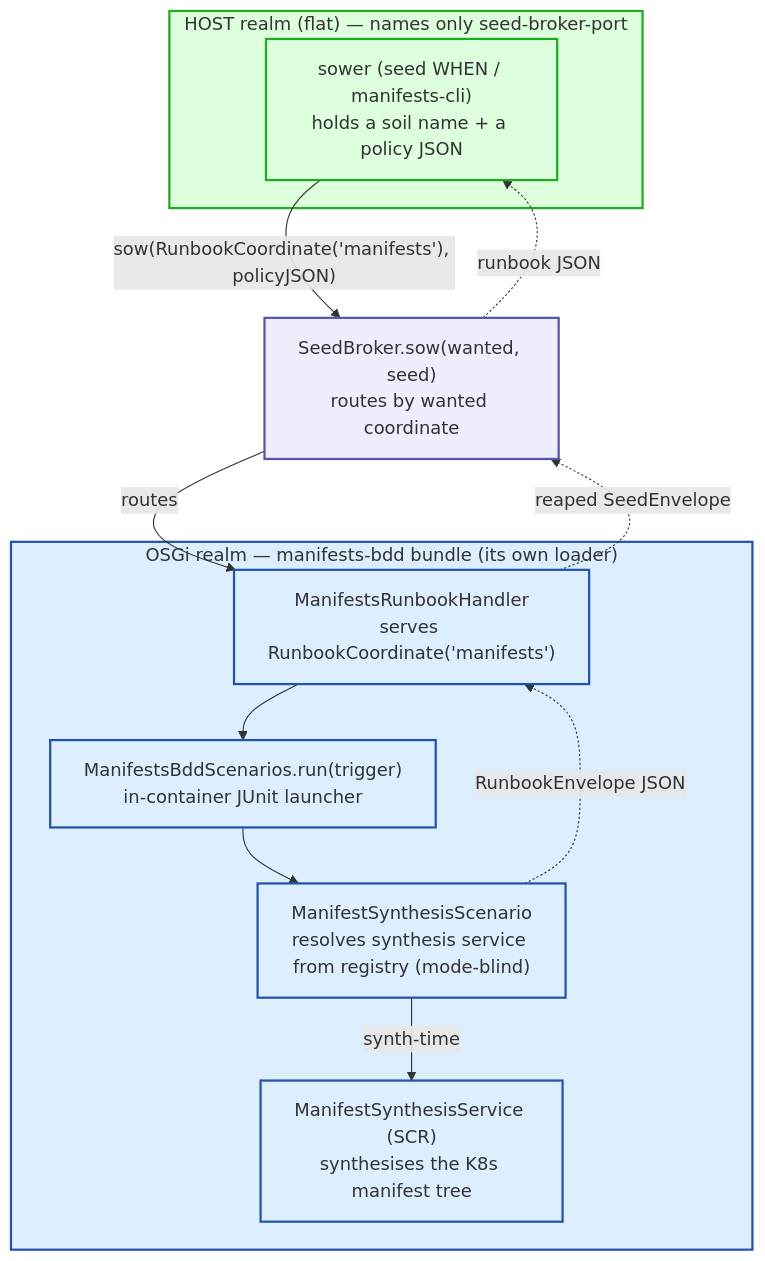
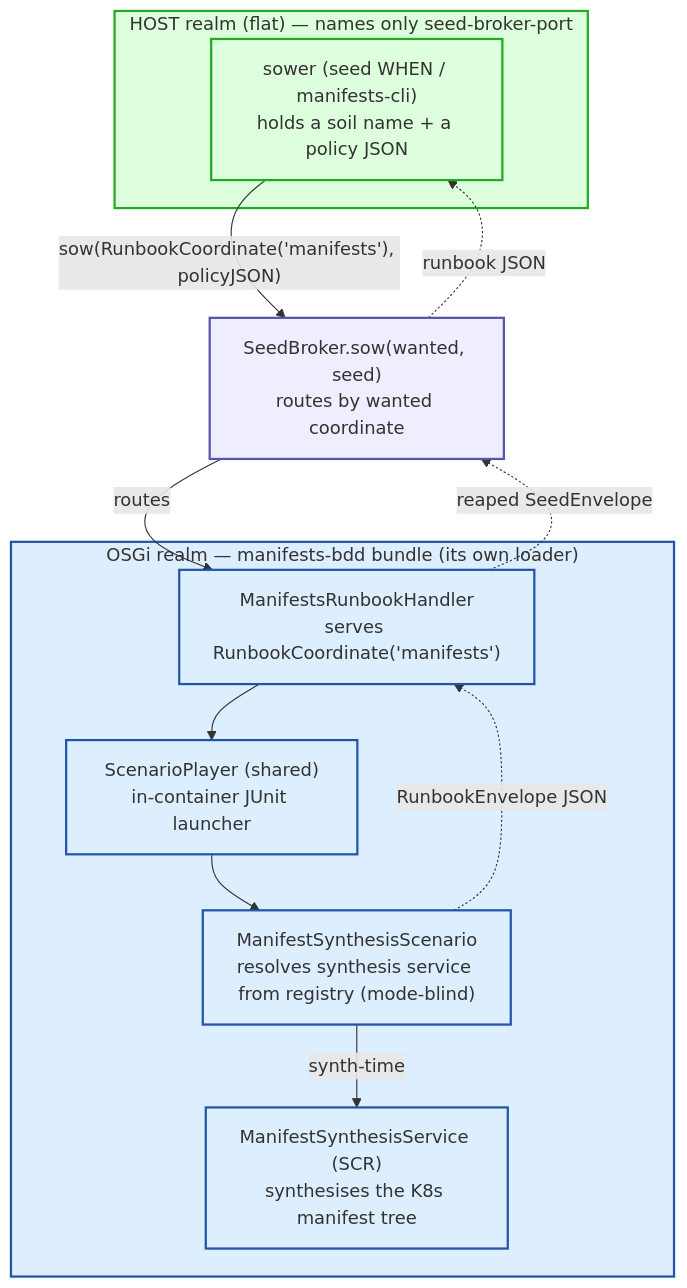
One commit to nxmatic/rke2lab changed the first of 3 diagrams in docs/architecture/osgi/manifests-bdd-spec.adoc. Above: the diagram before and after it, drawn with Mermaid. The commit also changed other lines of this file and 39 other files, not shown here.

```diff
--- a/docs/architecture/osgi/manifests-bdd-spec.adoc
+++ b/docs/architecture/osgi/manifests-bdd-spec.adoc
@@ -23,31 +24,31 @@
 [mermaid]
 ----
 flowchart TB
   subgraph host["HOST realm (flat) — names only seed-broker-port"]
     caller["sower (seed WHEN / manifests-cli)<br/>holds a soil name + a policy JSON"]
   end
 
   broker["SeedBroker.sow(wanted, seed)<br/>routes by wanted coordinate"]
 
   subgraph felix["OSGi realm — manifests-bdd bundle (its own loader)"]
     handler["ManifestsRunbookHandler<br/>serves RunbookCoordinate('manifests')"]
-    front["ManifestsBddScenarios.run(trigger)<br/>in-container JUnit launcher"]
+    front["ScenarioPlayer (shared)<br/>in-container JUnit launcher"]
     scen["ManifestSynthesisScenario<br/>resolves synthesis service from registry (mode-blind)"]
     svc["ManifestSynthesisService (SCR)<br/>synthesises the K8s manifest tree"]
   end
 
   caller -->|"sow(RunbookCoordinate('manifests'), policyJSON)"| broker
   broker -->|routes| handler
   handler --> front --> scen
   scen -->|synth-time| svc
   scen -.->|RunbookEnvelope JSON| handler
   handler -.->|reaped SeedEnvelope| broker
   broker -.->|runbook JSON| caller
 
   classDef h fill:#dfd,stroke:#2a2,stroke-width:2px;
   classDef b fill:#eef,stroke:#55a,stroke-width:2px;
   classDef f fill:#def,stroke:#25a,stroke-width:2px;
   class host,caller h;
   class broker b;
   class felix,handler,front,scen,svc,overlay f;
 ----
```
